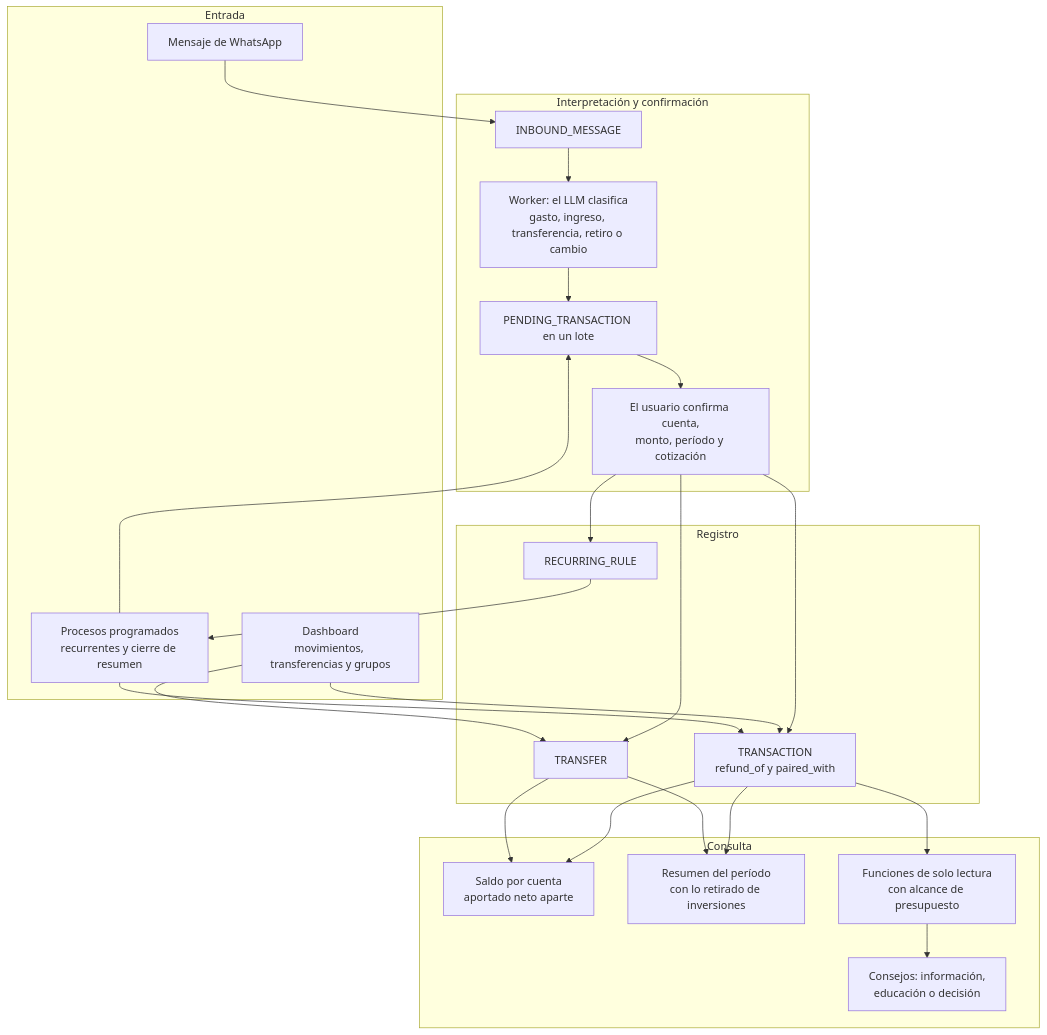
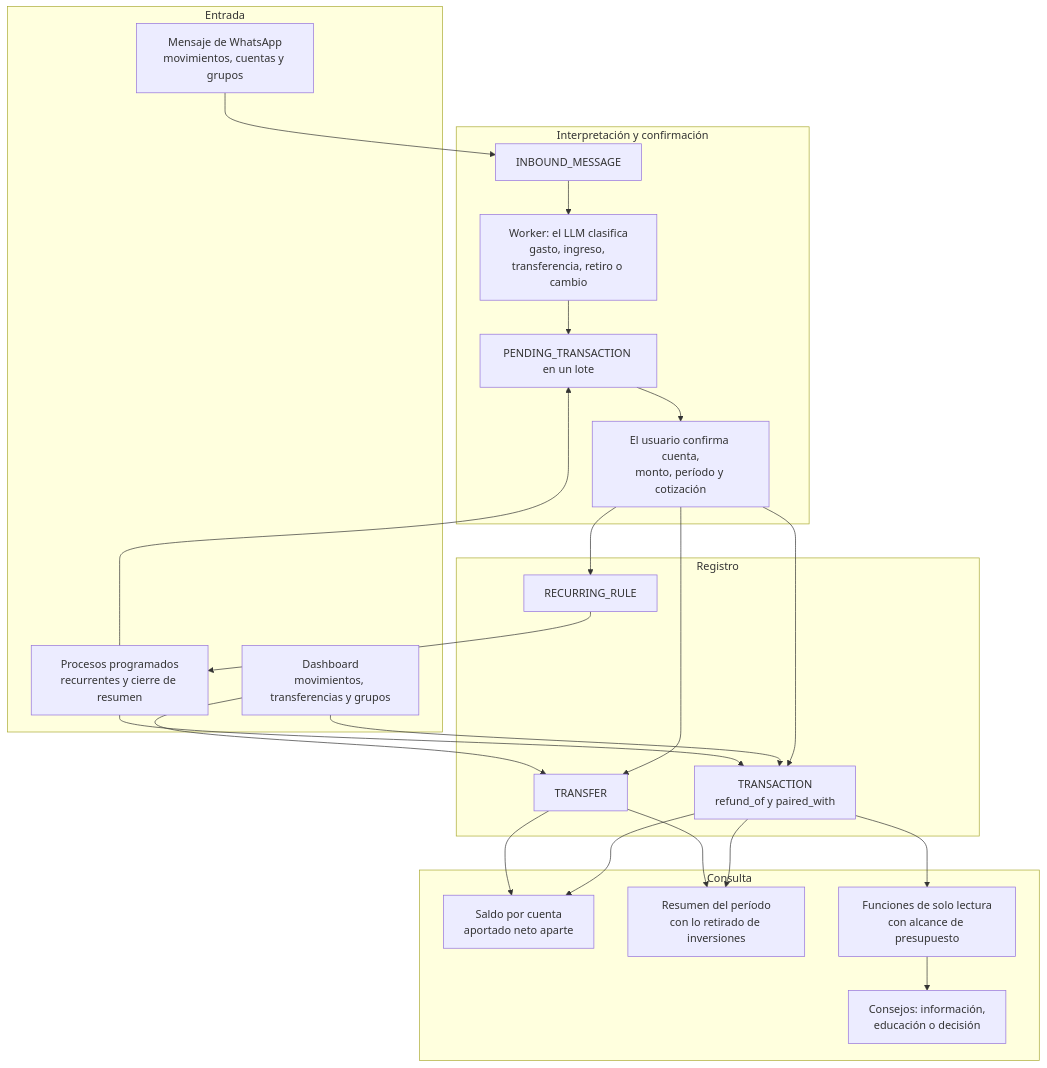
One commit to verozacarias-prog/AI4Devs-finalproject changed the diagram in docs/use-case-walkthrough.md. Above: the diagram before and after it, drawn with Mermaid. The commit also changed other lines of this file and 2 other files, not shown here.

````diff
--- a/docs/use-case-walkthrough.md
+++ b/docs/use-case-walkthrough.md
@@ -101,40 +102,40 @@
 ```mermaid
 flowchart TB
     subgraph ENTRADA["Entrada"]
-        WA["Mensaje de WhatsApp"]
+        WA["Mensaje de WhatsApp<br/>movimientos, cuentas y grupos"]
         DASH["Dashboard<br/>movimientos, transferencias y grupos"]
         CRON["Procesos programados<br/>recurrentes y cierre de resumen"]
     end
     subgraph PROCESO["Interpretación y confirmación"]
         INB["INBOUND_MESSAGE"]
         WK["Worker: el LLM clasifica<br/>gasto, ingreso, transferencia, retiro o cambio"]
         PEND["PENDING_TRANSACTION en un lote"]
         CONF["El usuario confirma cuenta,<br/>monto, período y cotización"]
     end
     subgraph DATOS["Registro"]
         TX["TRANSACTION<br/>refund_of y paired_with"]
         TR["TRANSFER"]
         RR["RECURRING_RULE"]
     end
     subgraph LECTURA["Consulta"]
         SALDO["Saldo por cuenta<br/>aportado neto aparte"]
         SUM["Resumen del período<br/>con lo retirado de inversiones"]
         FN["Funciones de solo lectura<br/>con alcance de presupuesto"]
         ADV["Consejos: información,<br/>educación o decisión"]
     end
     WA --> INB --> WK --> PEND --> CONF
     CONF --> TX
     CONF --> TR
     CONF --> RR
     DASH --> TX
     DASH --> TR
     RR --> CRON
     CRON --> TX
     CRON --> PEND
     TX --> SALDO
     TR --> SALDO
     TX --> SUM
     TR --> SUM
     TX --> FN
     FN --> ADV
 ```
````
